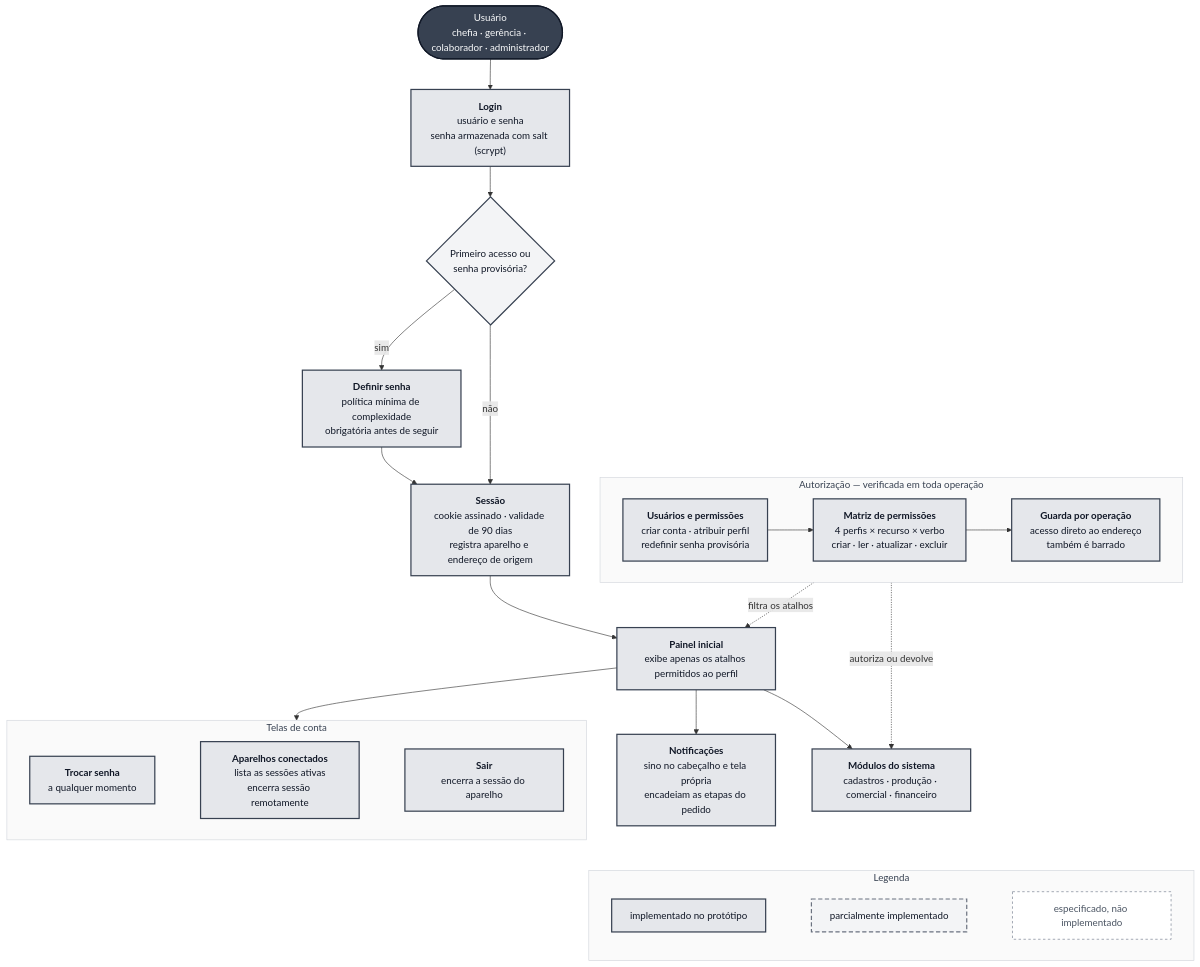
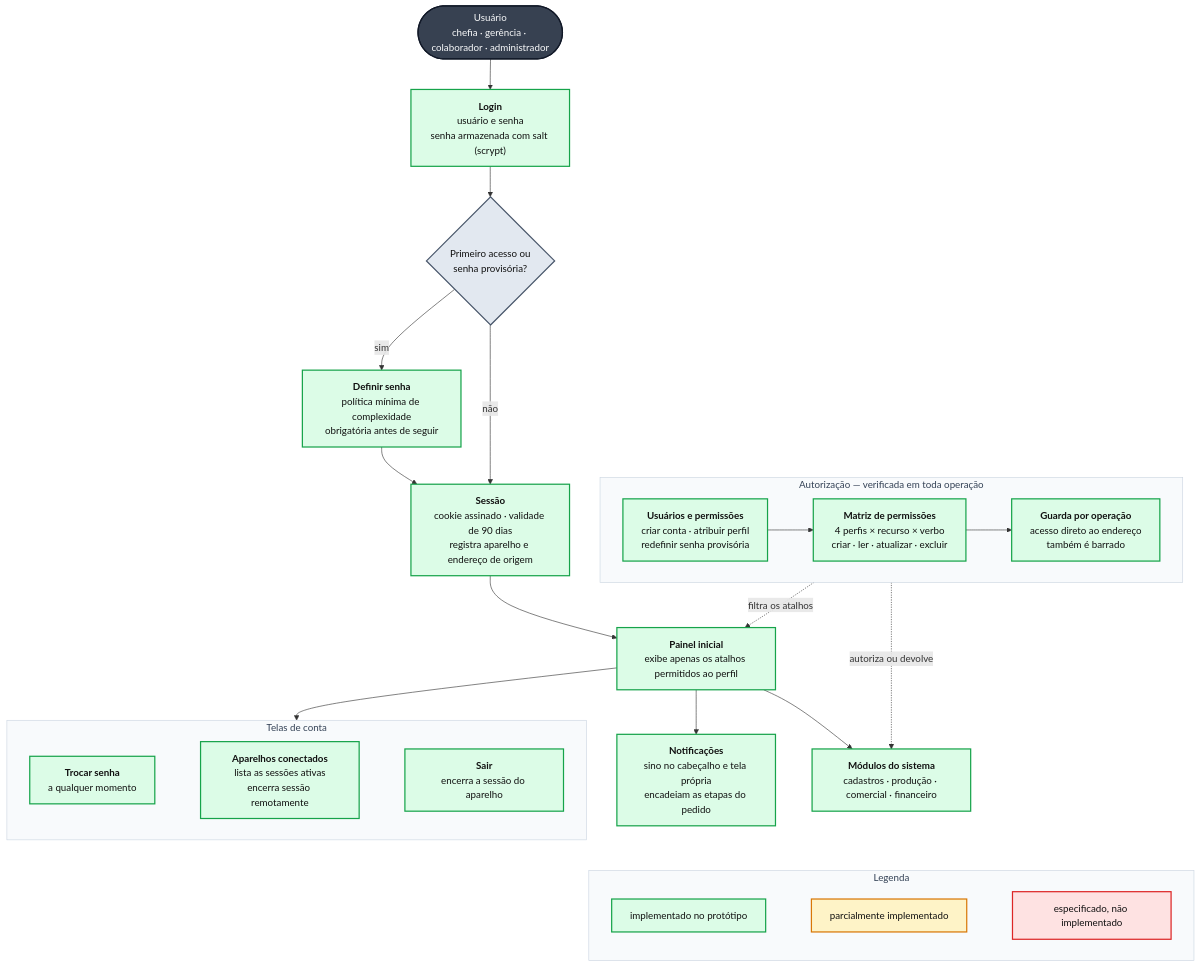
The diagram in docs/rotinas/img/mapa-0-acesso.mmd (JoaoMudar/mudar), drawn with Mermaid before and after one commit. The commit also changed other lines of this file and 19 other files, not shown here.

First line of the commit message:
@ docs(rotinas): cor no .mmd, cinza no .png, e um status so

```diff
--- a/docs/rotinas/img/mapa-0-acesso.mmd
+++ b/docs/rotinas/img/mapa-0-acesso.mmd
@@ -1,63 +1,66 @@
 flowchart TB
   USR(["Usuário<br/>chefia · gerência · colaborador · administrador"])
 
   LOG["<b>Login</b><br/>usuário e senha<br/>senha armazenada com salt (scrypt)"]
   DEC{"Primeiro acesso ou<br/>senha provisória?"}
   SEN["<b>Definir senha</b><br/>política mínima de complexidade<br/>obrigatória antes de seguir"]
   SES["<b>Sessão</b><br/>cookie assinado · validade de 90 dias<br/>registra aparelho e endereço de origem"]
   PAI["<b>Painel inicial</b><br/>exibe apenas os atalhos permitidos ao perfil"]
 
   subgraph OPE["Telas de conta"]
     direction LR
     TRO["<b>Trocar senha</b><br/>a qualquer momento"]
     APA["<b>Aparelhos conectados</b><br/>lista as sessões ativas<br/>encerra sessão remotamente"]
     SAI["<b>Sair</b><br/>encerra a sessão do aparelho"]
     TRO ~~~ APA ~~~ SAI
   end
 
   NOT["<b>Notificações</b><br/>sino no cabeçalho e tela própria<br/>encadeiam as etapas do pedido"]
 
   subgraph AUT["Autorização &mdash; verificada em toda operação"]
     direction LR
     USUA["<b>Usuários e permissões</b><br/>criar conta · atribuir perfil<br/>redefinir senha provisória"]
     MAT["<b>Matriz de permissões</b><br/>4 perfis &times; recurso &times; verbo<br/>criar · ler · atualizar · excluir"]
     GUA["<b>Guarda por operação</b><br/>acesso direto ao endereço<br/>também é barrado"]
     USUA --> MAT --> GUA
   end
 
   MOD["<b>Módulos do sistema</b><br/>cadastros · produção · comercial · financeiro"]
 
   USR --> LOG
   LOG --> DEC
   DEC -->|sim| SEN
   SEN --> SES
   DEC -->|não| SES
   SES --> PAI
   PAI --> MOD
   PAI --> NOT
   PAI --> OPE
   MAT -.->|filtra os atalhos| PAI
   GUA -.->|autoriza ou devolve| MOD
 
   subgraph LEG["Legenda"]
     direction LR
     L1["implementado no protótipo"]
     L2["parcialmente implementado"]
     L3["especificado, não implementado"]
     L1 ~~~ L2 ~~~ L3
   end
   MOD ~~~ LEG
 
-  classDef feito fill:#e5e7eb,stroke:#374151,stroke-width:2px,color:#111827
-  classDef parcial fill:#f3f4f6,stroke:#6b7280,stroke-width:2px,color:#111827,stroke-dasharray:7 4
-  classDef futuro fill:#ffffff,stroke:#9ca3af,stroke-width:1.5px,color:#4b5563,stroke-dasharray:4 4
+  %% Paleta de STATUS — a fonte e colorida de proposito; o PNG sai em cinza.
+  %% Quem troca a cor pelo cinza e `npm run docs:mapas` (scripts/render-mapas.mjs).
+  %% Criterio: ok = toda etapa do modulo tem tela · meio = parte tem · falta = nenhuma tem.
+  classDef ok fill:#dcfce7,stroke:#16a34a,stroke-width:2px,color:#111
+  classDef meio fill:#fef3c7,stroke:#d97706,stroke-width:2px,color:#111
+  classDef falta fill:#fee2e2,stroke:#dc2626,stroke-width:2px,color:#111
+  classDef grupo fill:#f8fafc,stroke:#cbd5e1,stroke-width:1px,color:#334155
   classDef ator fill:#374151,stroke:#111827,stroke-width:2px,color:#f9fafb
-  classDef decisao fill:#f3f4f6,stroke:#374151,stroke-width:2px,color:#111827
-  classDef grupo fill:#fafafa,stroke:#d1d5db,stroke-width:1px,color:#374151
+  classDef decisao fill:#e2e8f0,stroke:#475569,stroke-width:2px,color:#111
 
-  class LOG,SEN,SES,PAI,TRO,APA,SAI,NOT,USUA,MAT,GUA,MOD,L1 feito
-  class L2 parcial
-  class L3 futuro
+  class LOG,SEN,SES,PAI,TRO,APA,SAI,NOT,USUA,MAT,GUA,MOD,L1 ok
+  class L2 meio
+  class L3 falta
   class USR ator
   class DEC decisao
   class OPE,AUT,LEG grupo
```
